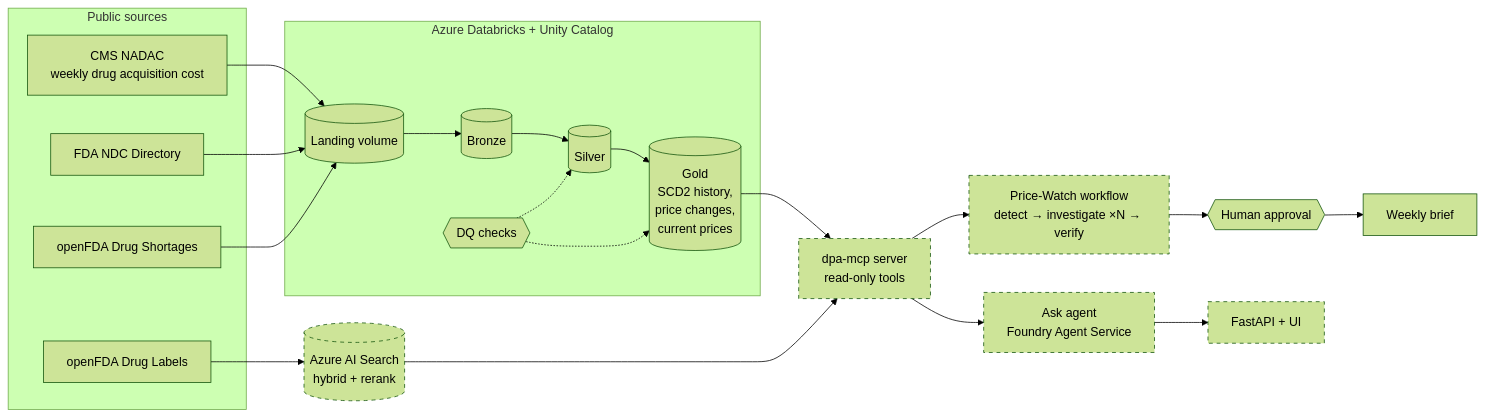
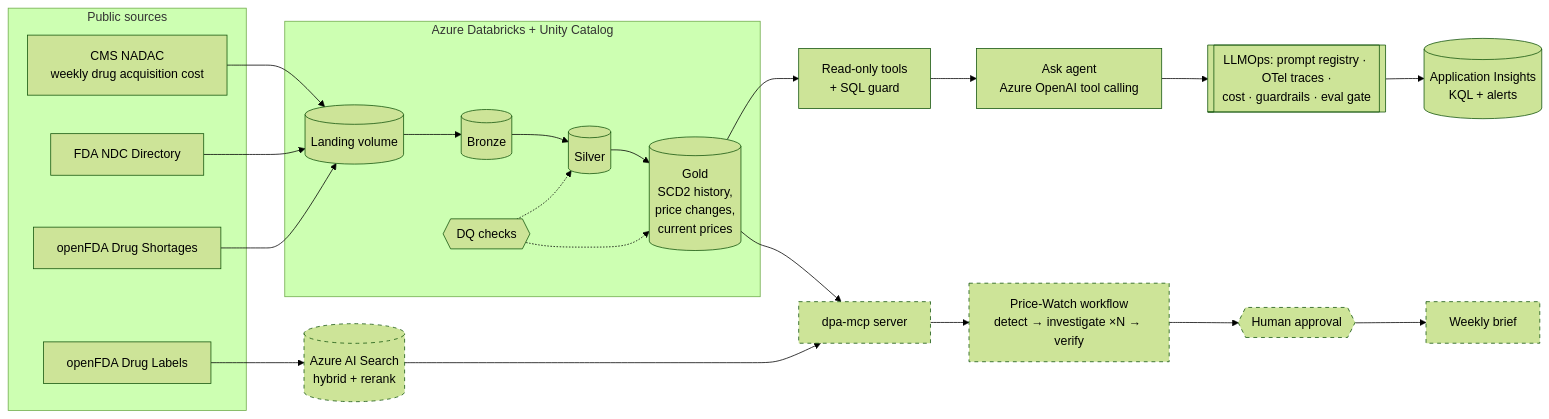
One commit to sujithnsn2026-crypto/drug-pricing-agent changed the first of 2 diagrams in README.md. Above: the diagram before and after it, drawn with Mermaid (forest theme). The commit also changed other lines of this file and 46 other files, not shown here.

First line of the commit message:
Add Ask agent and LLMOps layer

````diff
--- a/README.md
+++ b/README.md
@@ -15,25 +15,27 @@
 ```mermaid
 flowchart LR
     subgraph Sources[Public sources]
         A[CMS NADAC<br/>weekly drug acquisition cost]
         B[FDA NDC Directory]
         C[openFDA Drug Shortages]
         D[openFDA Drug Labels]
     end
     subgraph DBX[Azure Databricks + Unity Catalog]
         L[(Landing volume)] --> BR[(Bronze)] --> SV[(Silver)] --> GD[(Gold<br/>SCD2 history,<br/>price changes,<br/>current prices)]
         DQ{{DQ checks}} -.-> SV & GD
     end
     A & B & C --> L
     D --> AIS[(Azure AI Search<br/>hybrid + rerank)]
-    GD & AIS --> MCP[dpa-mcp server<br/>read-only tools]
-    MCP --> ASK[Ask agent<br/>Foundry Agent Service]
+    GD --> TOOLS[Read-only tools<br/>+ SQL guard]
+    TOOLS --> ASK[Ask agent<br/>Azure OpenAI tool calling]
+    ASK --> OPS[[LLMOps: prompt registry · OTel traces ·<br/>cost · guardrails · eval gate]]
+    OPS --> APPI[(Application Insights<br/>KQL + alerts)]
+    GD & AIS --> MCP[dpa-mcp server]
     MCP --> PW[Price-Watch workflow<br/>detect → investigate ×N → verify]
     PW --> HUM{{Human approval}} --> BRIEF[Weekly brief]
-    ASK --> UI[FastAPI + UI]
     style MCP stroke-dasharray: 5 5
-    style ASK stroke-dasharray: 5 5
     style PW stroke-dasharray: 5 5
     style AIS stroke-dasharray: 5 5
-    style UI stroke-dasharray: 5 5
+    style HUM stroke-dasharray: 5 5
+    style BRIEF stroke-dasharray: 5 5
 ```
````
